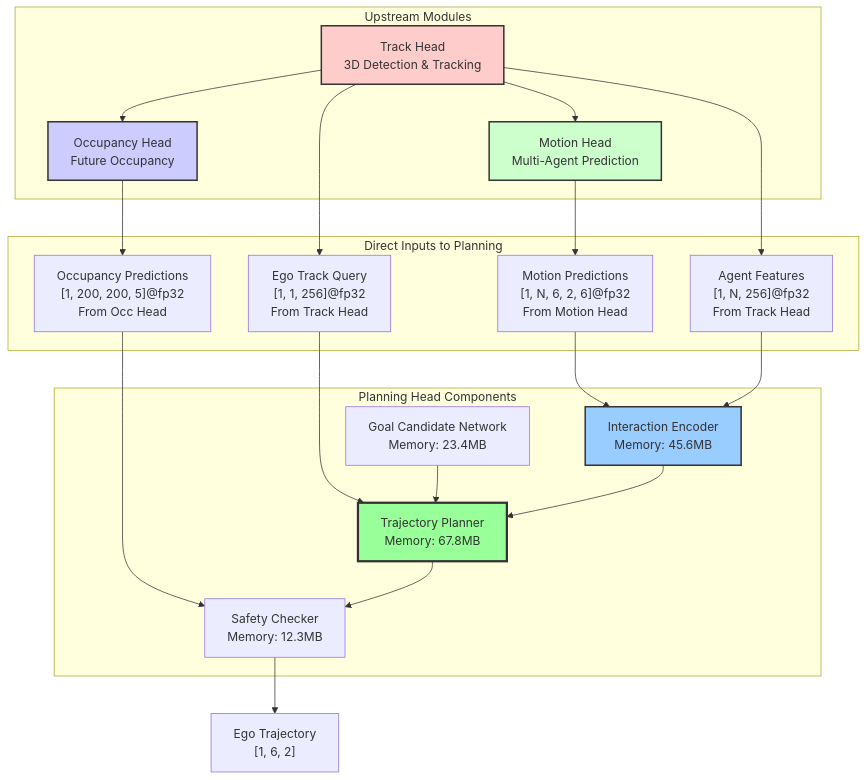
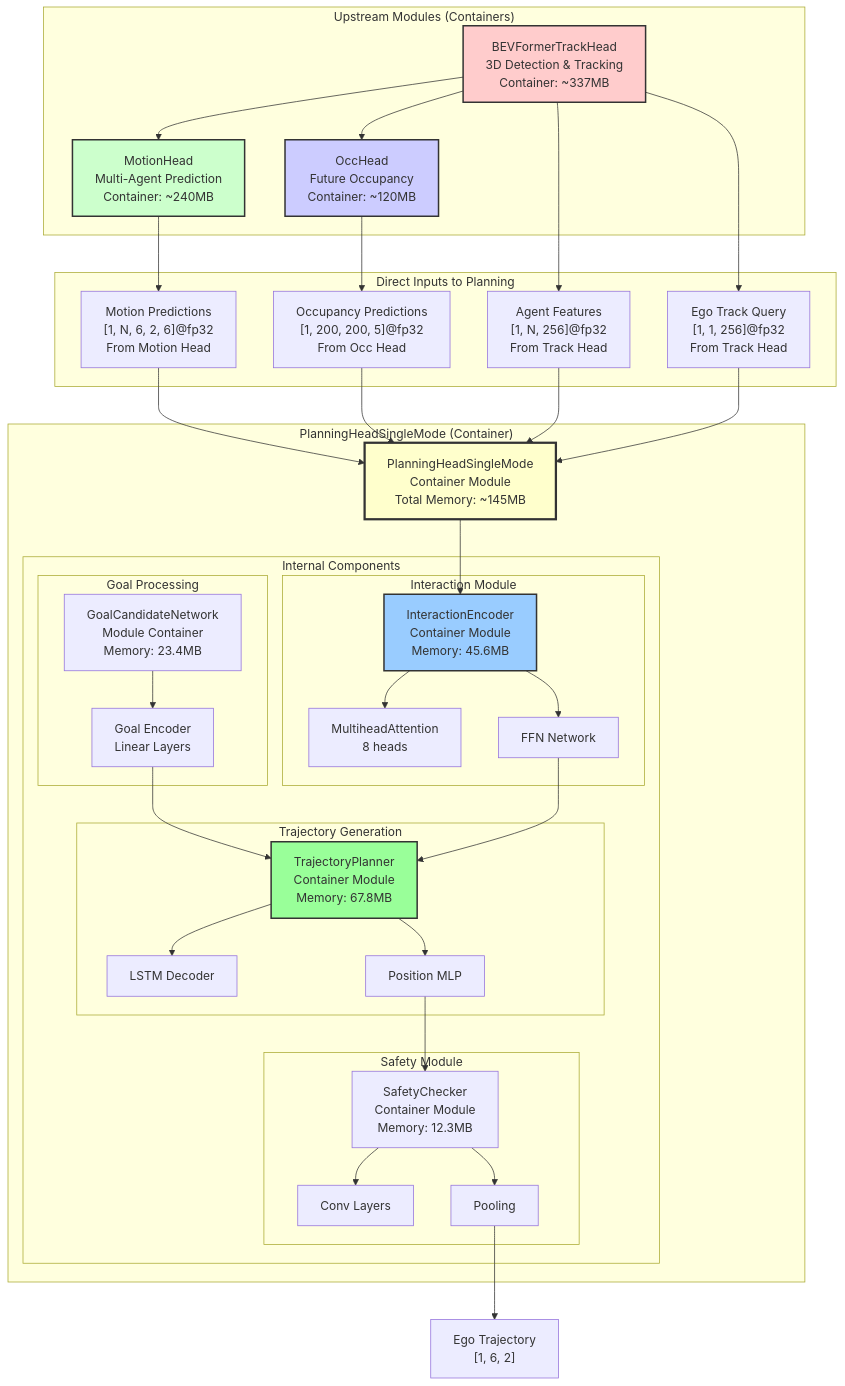
One commit to litanlitudan/UniAD changed the first of 8 diagrams in tools/pytorch_op_tracer/reports/task_heads/planning_head_report.md. Above: the diagram before and after it, drawn with Mermaid. The commit also changed other lines of this file and 4 other files, not shown here.

Commit message:
feat: enhance tracer.py and reports with hierarchical module structures and detailed memory analysis for improved clarity

````diff
--- a/tools/pytorch_op_tracer/reports/task_heads/planning_head_report.md
+++ b/tools/pytorch_op_tracer/reports/task_heads/planning_head_report.md
@@ -24,46 +24,77 @@
 ```mermaid
 graph TB
-    subgraph "Upstream Modules"
-        TrackHead["Track Head<br/>3D Detection & Tracking"]
-        MotionHead["Motion Head<br/>Multi-Agent Prediction"]
-        OccHead["Occupancy Head<br/>Future Occupancy"]
+    subgraph "Upstream Modules (Containers)"
+        TrackHead["BEVFormerTrackHead<br/>3D Detection & Tracking<br/>Container: ~337MB"]
+        MotionHead["MotionHead<br/>Multi-Agent Prediction<br/>Container: ~240MB"]
+        OccHead["OccHead<br/>Future Occupancy<br/>Container: ~120MB"]
     end
     
     subgraph "Direct Inputs to Planning"
         Motion["Motion Predictions<br/>[1, N, 6, 2, 6]@fp32<br/>From Motion Head"]
         Occ["Occupancy Predictions<br/>[1, 200, 200, 5]@fp32<br/>From Occ Head"]
         AgentFeatures["Agent Features<br/>[1, N, 256]@fp32<br/>From Track Head"]
         EgoFeature["Ego Track Query<br/>[1, 1, 256]@fp32<br/>From Track Head"]
     end
     
-    subgraph "Planning Head Components"
-        GCN["Goal Candidate Network<br/>Memory: 23.4MB"]
-        IE["Interaction Encoder<br/>Memory: 45.6MB"]
-        TP["Trajectory Planner<br/>Memory: 67.8MB"]
-        SC["Safety Checker<br/>Memory: 12.3MB"]
+    subgraph "PlanningHeadSingleMode (Container)"
+        PHC["PlanningHeadSingleMode<br/>Container Module<br/>Total Memory: ~145MB"]
+        
+        subgraph "Internal Components"
+            subgraph "Goal Processing"
+                GCN["GoalCandidateNetwork<br/>Module Container<br/>Memory: 23.4MB"]
+                GoalEnc["Goal Encoder<br/>Linear Layers"]
+                GCN --> GoalEnc
+            end
+            
+            subgraph "Interaction Module"
+                IE["InteractionEncoder<br/>Container Module<br/>Memory: 45.6MB"]
+                IEMHA["MultiheadAttention<br/>8 heads"]
+                IEFFN["FFN Network"]
+                IE --> IEMHA
+                IE --> IEFFN
+            end
+            
+            subgraph "Trajectory Generation"
+                TP["TrajectoryPlanner<br/>Container Module<br/>Memory: 67.8MB"]
+                TPLSTM["LSTM Decoder"]
+                TPMLP["Position MLP"]
+                TP --> TPLSTM
+                TP --> TPMLP
+            end
+            
+            subgraph "Safety Module"
+                SC["SafetyChecker<br/>Container Module<br/>Memory: 12.3MB"]
+                SCConv["Conv Layers"]
+                SCPool["Pooling"]
+                SC --> SCConv
+                SC --> SCPool
+            end
+        end
     end
     
     TrackHead --> AgentFeatures
     TrackHead --> EgoFeature
     TrackHead --> MotionHead
     TrackHead --> OccHead
     MotionHead --> Motion
     OccHead --> Occ
     
-    Motion --> IE
-    Occ --> SC
-    AgentFeatures --> IE
-    EgoFeature --> TP
+    Motion --> PHC
+    Occ --> PHC
+    AgentFeatures --> PHC
+    EgoFeature --> PHC
     
-    GCN --> TP
-    IE --> TP
-    TP --> SC
+    PHC --> IE
+    GoalEnc --> TP
+    IEFFN --> TP
+    TPMLP --> SC
     
-    SC --> Output["Ego Trajectory<br/>[1, 6, 2]"]
+    SCPool --> Output["Ego Trajectory<br/>[1, 6, 2]"]
     
     style TrackHead fill:#ffcccc,stroke:#333,stroke-width:2px
     style MotionHead fill:#ccffcc,stroke:#333,stroke-width:2px
     style OccHead fill:#ccccff,stroke:#333,stroke-width:2px
-    style TP fill:#99ff99,stroke:#333,stroke-width:3px
+    style PHC fill:#ffffcc,stroke:#333,stroke-width:3px
+    style TP fill:#99ff99,stroke:#333,stroke-width:2px
     style IE fill:#99ccff,stroke:#333,stroke-width:2px
 ```
````
